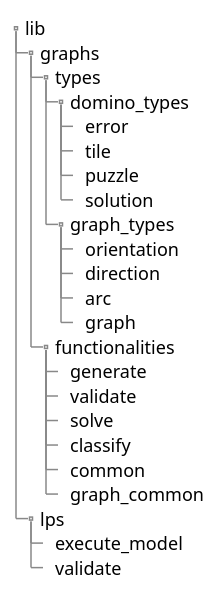
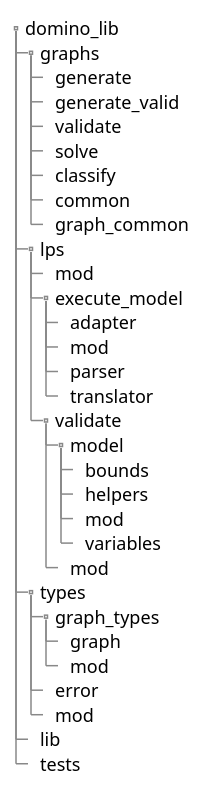
One commit to DominoOrg/domino-core changed the diagram in plant_uml/lib_structure.puml. Above: the diagram before and after it, drawn with PlantUML. The commit also changed 6 other files, not shown here.

```diff
--- a/plant_uml/lib_structure.puml
+++ b/plant_uml/lib_structure.puml
@@ -1,29 +1,37 @@
 @startsalt lib_structure
 {
     {T
-        +lib
+        +domino_lib
         ++graphs
-        +++types
-        ++++domino_types
-        +++++error
-        +++++tile
-        +++++puzzle
-        +++++solution
-        ++++graph_types
-        +++++orientation
-        +++++direction
-        +++++arc
-        +++++graph
-        +++functionalities
-        ++++generate
-        ++++validate
-        ++++solve
-        ++++classify
-        ++++common
-        ++++graph_common
+        +++generate
+        +++generate_valid
+        +++validate
+        +++solve
+        +++classify
+        +++common
+        +++graph_common
         ++lps
+        +++mod
         +++execute_model
+        ++++adapter
+        ++++mod
+        ++++parser
+        ++++translator
         +++validate
+        ++++model
+        +++++bounds
+        +++++helpers
+        +++++mod
+        +++++variables
+        ++++mod
+        ++types
+        +++graph_types
+        ++++graph
+        ++++mod
+        +++error
+        +++mod
+        ++lib
+        ++tests
     }
 }
 @endsalt
```
